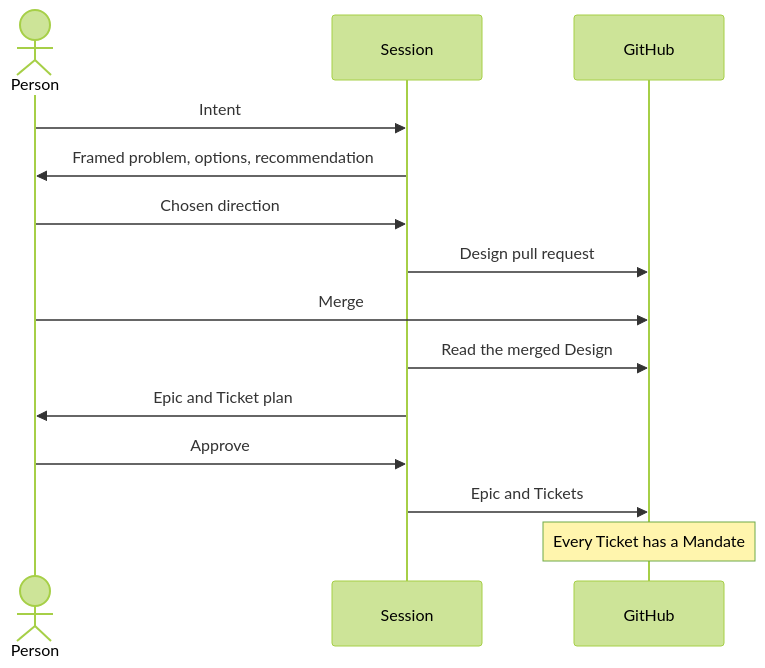
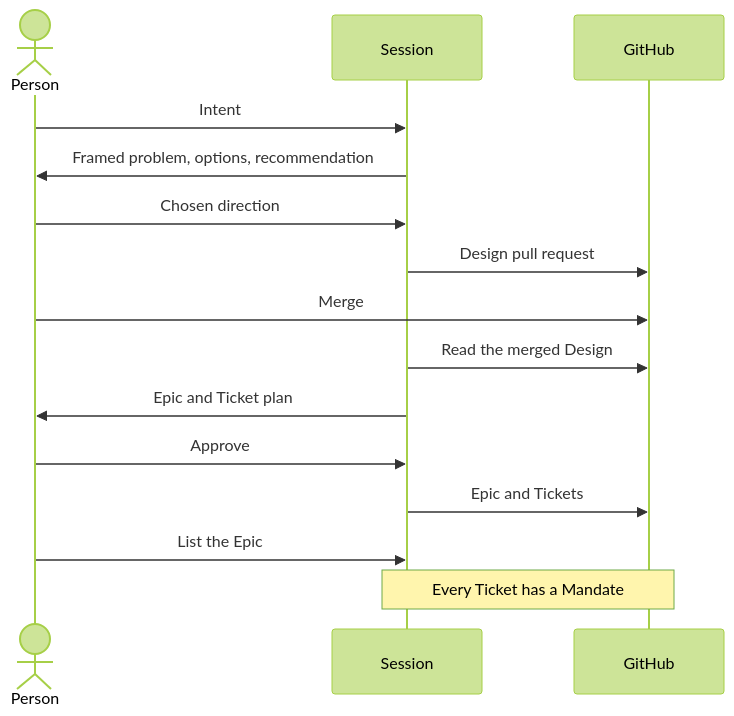
Before and after one commit to maro114510/skills: the third of 6 diagrams in docs/design/development-pipeline.md, drawn with Mermaid (forest theme). The commit also changed other lines of this file and 1 other file, not shown here.

First line of the commit message:
docs(design): make the Runner synchronous and list Epics instead of repositories

````diff
--- a/docs/design/development-pipeline.md
+++ b/docs/design/development-pipeline.md
@@ -104,16 +104,17 @@
 ```mermaid
 sequenceDiagram
     actor P as Person
     participant S as Session
     participant G as GitHub
     P->>S: Intent
     S->>P: Framed problem, options, recommendation
     P->>S: Chosen direction
     S->>G: Design pull request
     P->>G: Merge
     S->>G: Read the merged Design
     S->>P: Epic and Ticket plan
     P->>S: Approve
     S->>G: Epic and Tickets
-    Note over G: Every Ticket has a Mandate
+    P->>S: List the Epic
+    Note over S,G: Every Ticket has a Mandate
 ```
````
